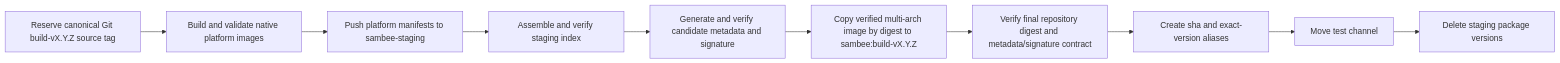
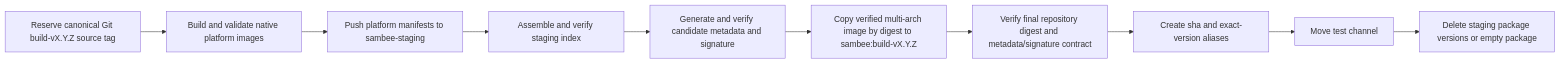
One commit to helgeklein/sambee changed the diagram in documentation_planning/DOCKER_DISPOSABLE_STAGING_REPOSITORY_PLAN.md. Above: the diagram before and after it, drawn with Mermaid. The commit also changed other lines of this file and 2 other files, not shown here.

Commit message:
Release workflow v2.1: disposable staging repository: plan

````diff
--- a/documentation_planning/DOCKER_DISPOSABLE_STAGING_REPOSITORY_PLAN.md
+++ b/documentation_planning/DOCKER_DISPOSABLE_STAGING_REPOSITORY_PLAN.md
@@ -50,12 +50,12 @@
 ```mermaid
 flowchart LR
   A[Reserve canonical Git build-vX.Y.Z source tag] --> B[Build and validate native platform images]
   B --> C[Push platform manifests to sambee-staging]
   C --> D[Assemble and verify staging index]
   D --> E[Generate and verify candidate metadata and signature]
   E --> F[Copy verified multi-arch image by digest to sambee:build-vX.Y.Z]
   F --> G[Verify final repository digest and metadata/signature contract]
   G --> H[Create sha and exact-version aliases]
   H --> I[Move test channel]
-  I --> J[Delete staging package versions]
+   I --> J[Delete staging package versions or empty package]
 ```
````
